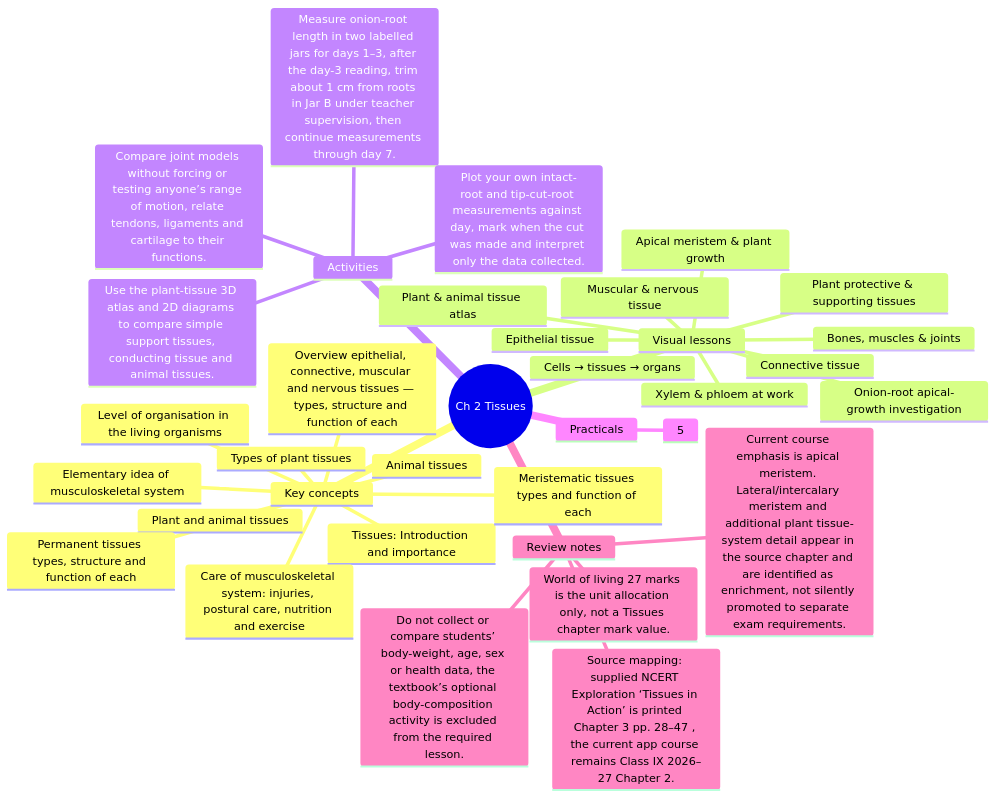
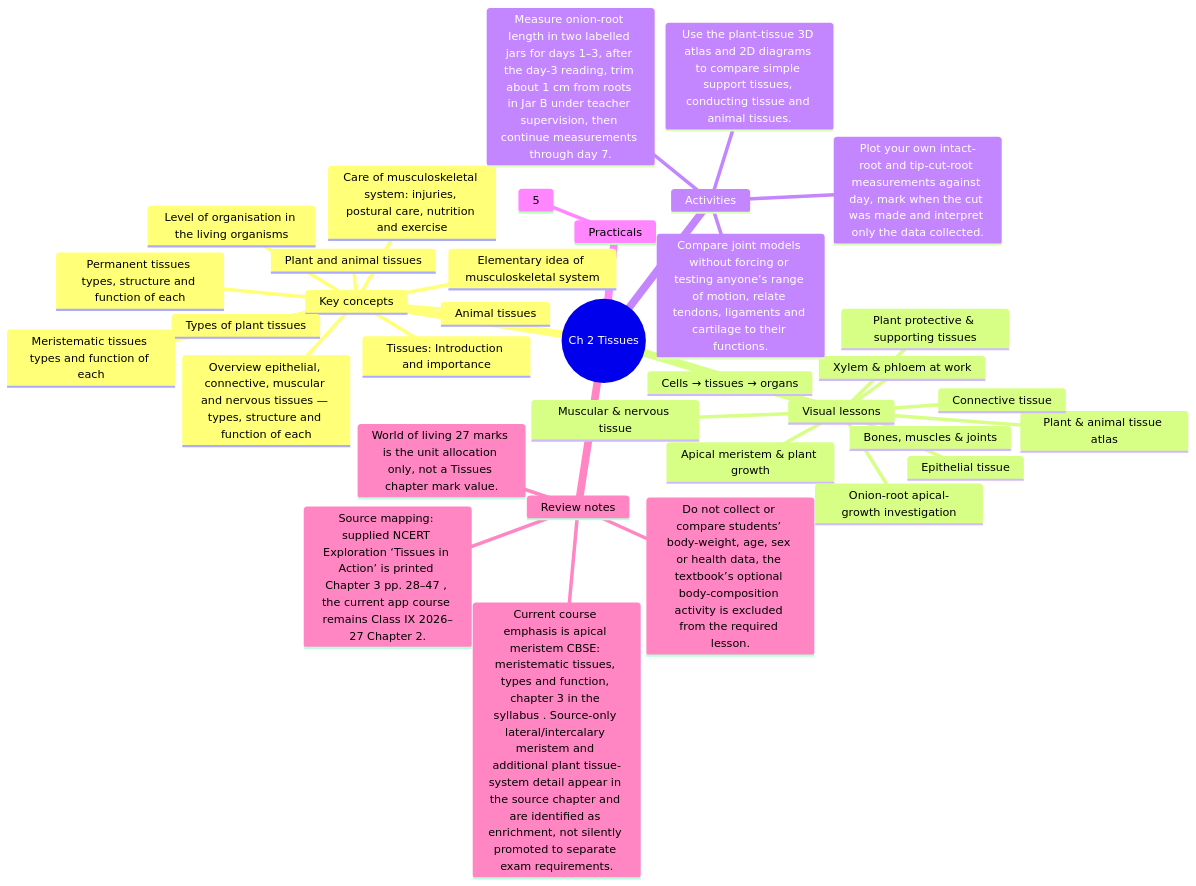
One commit to anveshix/ifinite-horizon changed the second of 25 diagrams in docs/CHAPTER_MINDMAPS.md. Above: the diagram before and after it, drawn with Mermaid. The commit also changed 2 other files, not shown here.

Commit message:
fix(syllabus): keep meristem scope caveat in AI context; all tests pass
Claude-Session: https://claude.ai/code/session_014HUmNwJc3HpQCtQ1rcKYpw

````diff
--- a/docs/CHAPTER_MINDMAPS.md
+++ b/docs/CHAPTER_MINDMAPS.md
@@ -94,38 +94,38 @@
 ```mermaid
 mindmap
   root((Ch 2 Tissues))
     Key concepts
       Tissues: Introduction and importance
       Level of organisation in the living organisms
       Plant and animal tissues
       Types of plant tissues
       Meristematic tissues types and function of each
       Permanent tissues types, structure and function of each
       Animal tissues
       Overview epithelial, connective, muscular and nervous tissues — types, structure and function of each
       Elementary idea of musculoskeletal system
       Care of musculoskeletal system: injuries, postural care, nutrition and exercise
     Visual lessons
       Plant & animal tissue atlas
       Bones, muscles & joints
       Xylem & phloem at work
       Cells → tissues → organs
       Apical meristem & plant growth
       Plant protective & supporting tissues
       Epithelial tissue
       Connective tissue
       Muscular & nervous tissue
       Onion-root apical-growth investigation
     Activities
       Measure onion-root length in two labelled jars for days 1–3, after the day-3 reading, trim about 1 cm from roots in Jar B under teacher supervision, then continue measurements through day 7.
       Plot your own intact-root and tip-cut-root measurements against day, mark when the cut was made and interpret only the data collected.
       Use the plant-tissue 3D atlas and 2D diagrams to compare simple support tissues, conducting tissue and animal tissues.
       Compare joint models without forcing or testing anyone’s range of motion, relate tendons, ligaments and cartilage to their functions.
     Practicals
       5
     Review notes
       Source mapping: supplied NCERT Exploration ‘Tissues in Action’ is printed Chapter 3 pp. 28–47 , the current app course remains Class IX 2026–27 Chapter 2.
-      Current course emphasis is apical meristem. Lateral/intercalary meristem and additional plant tissue-system detail appear in the source chapter and are identified as enrichment, not silently promoted to separate exam requirements.
+      Current course emphasis is apical meristem CBSE: meristematic tissues, types and function, chapter 3 in the syllabus . Source-only lateral/intercalary meristem and additional plant tissue-system detail appear in the source chapter and are identified as enrichment, not silently promoted to separate exam requirements.
       Do not collect or compare students’ body-weight, age, sex or health data, the textbook’s optional body-composition activity is excluded from the required lesson.
       World of living 27 marks is the unit allocation only, not a Tissues chapter mark value.
 ```
````
